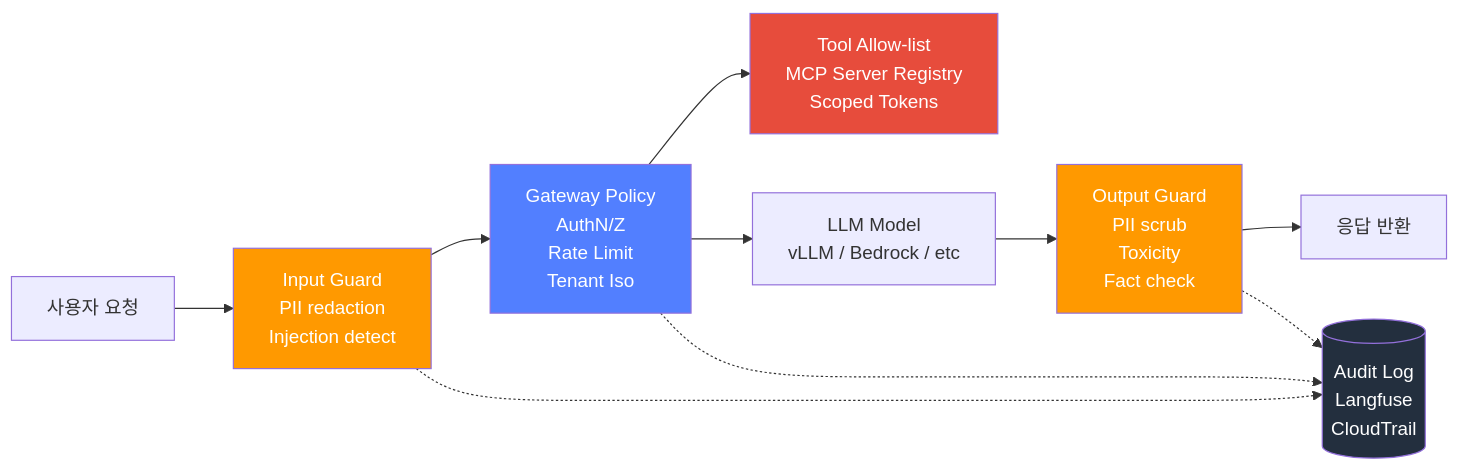
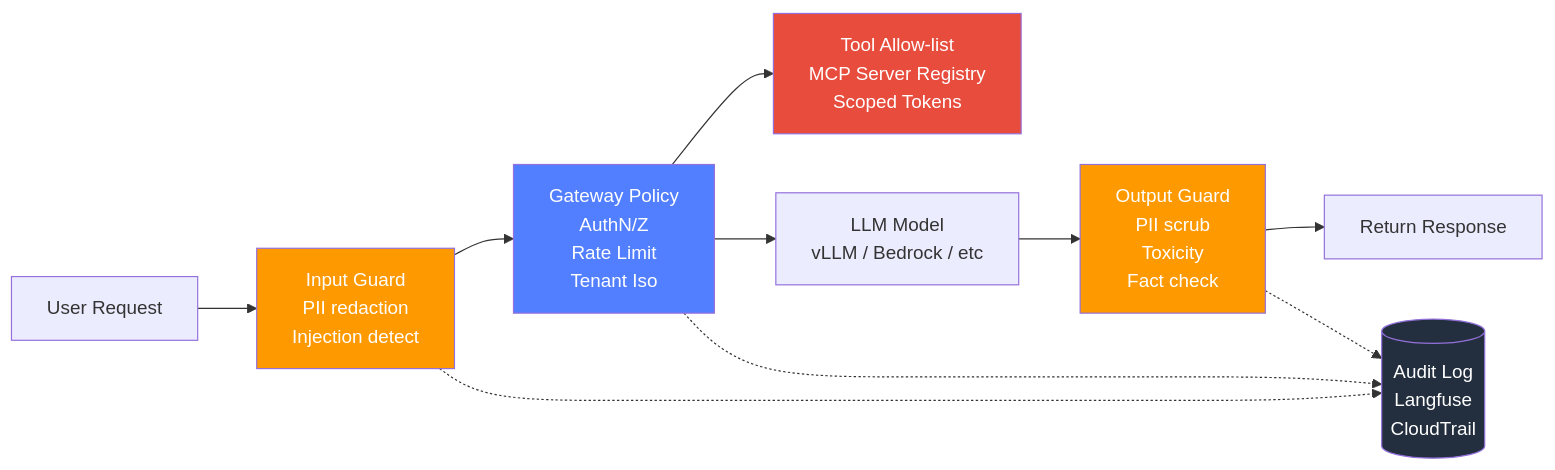
One commit to devfloor9/engineering-playbook changed the first of 2 diagrams in docs/agentic-ai-platform/operations-mlops/governance/ai-gateway-guardrails.md. Above: the diagram before and after it, drawn with Mermaid. The commit also changed other lines of this file and 954 other files, not shown here.

````diff
--- a/docs/agentic-ai-platform/operations-mlops/governance/ai-gateway-guardrails.md
+++ b/docs/agentic-ai-platform/operations-mlops/governance/ai-gateway-guardrails.md
@@ -69,20 +69,20 @@
 ```mermaid
 flowchart LR
-    USER["사용자 요청"] --> INGUARD["Input Guard<br/>PII redaction<br/>Injection detect"]
+    USER["User Request"] --> INGUARD["Input Guard<br/>PII redaction<br/>Injection detect"]
     INGUARD --> GW["Gateway Policy<br/>AuthN/Z<br/>Rate Limit<br/>Tenant Iso"]
     GW --> TOOL["Tool Allow-list<br/>MCP Server Registry<br/>Scoped Tokens"]
     GW --> MODEL["LLM Model<br/>vLLM / Bedrock / etc"]
     MODEL --> OUTGUARD["Output Guard<br/>PII scrub<br/>Toxicity<br/>Fact check"]
-    OUTGUARD --> RESP["응답 반환"]
+    OUTGUARD --> RESP["Return Response"]
 
     AUDIT[("Audit Log<br/>Langfuse<br/>CloudTrail")]
     INGUARD -.-> AUDIT
     GW -.-> AUDIT
     OUTGUARD -.-> AUDIT
 
     style INGUARD fill:#ff9900,color:#fff
     style OUTGUARD fill:#ff9900,color:#fff
     style GW fill:#527fff,color:#fff
     style TOOL fill:#e74c3c,color:#fff
     style AUDIT fill:#232f3e,color:#fff
 ```
````
